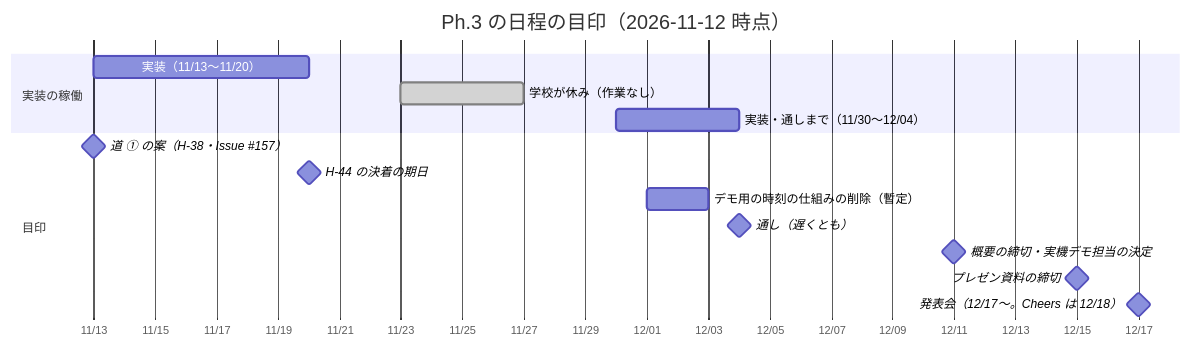
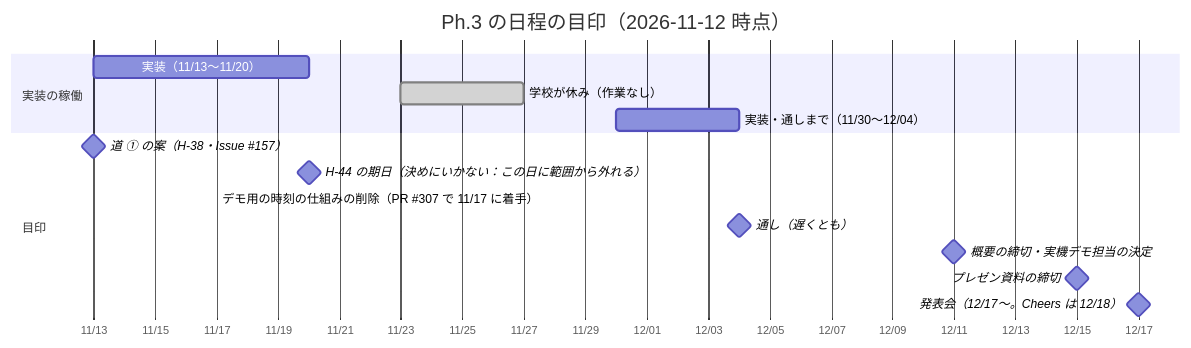
The second of 2 diagrams in pm/wbs.md (250158hj-maker/yse_compass), drawn with Mermaid before and after one commit. The commit also changed other lines of this file, not shown here.

````diff
--- a/pm/wbs.md
+++ b/pm/wbs.md
@@ -390,20 +390,20 @@
 ```mermaid
 gantt
     title Ph.3 の日程の目印（2026-11-12 時点）
     dateFormat  YYYY-MM-DD
     axisFormat  %m/%d
 
     section 実装の稼働
     実装（11/13〜11/20）              :a1, 2026-11-13, 2026-11-20
     学校が休み（作業なし）             :done, a2, 2026-11-23, 2026-11-27
     実装・通しまで（11/30〜12/04）    :a3, 2026-11-30, 2026-12-04
 
     section 目印
     道 ① の案（H-38・Issue #157）     :milestone, m1, 2026-11-13, 0d
-    H-44 の決着の期日                  :milestone, m6, 2026-11-20, 0d
-    デモ用の時刻の仕組みの削除（暫定）  :a4, 2026-12-01, 2026-12-03
+    H-44 の期日（決めにいかない：この日に範囲から外れる） :milestone, m6, 2026-11-20, 0d
+    デモ用の時刻の仕組みの削除（PR #307 で 11/17 に着手）  :a4, 2026-11-17, 2026-11-17
     通し（遅くとも）                   :milestone, m2, 2026-12-04, 0d
     概要の締切・実機デモ担当の決定      :milestone, m3, 2026-12-11, 0d
     プレゼン資料の締切                 :milestone, m4, 2026-12-15, 0d
     発表会（12/17〜。Cheers は 12/18） :milestone, m5, 2026-12-17, 0d
 ```
````
